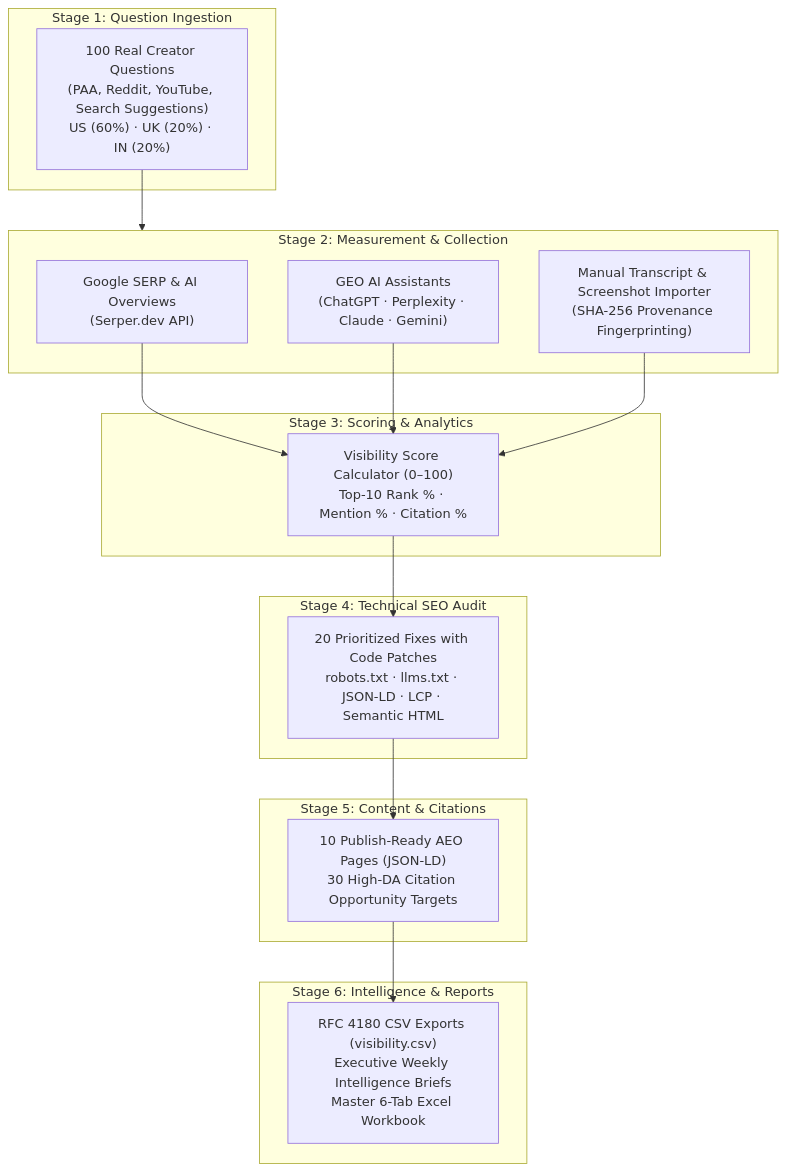
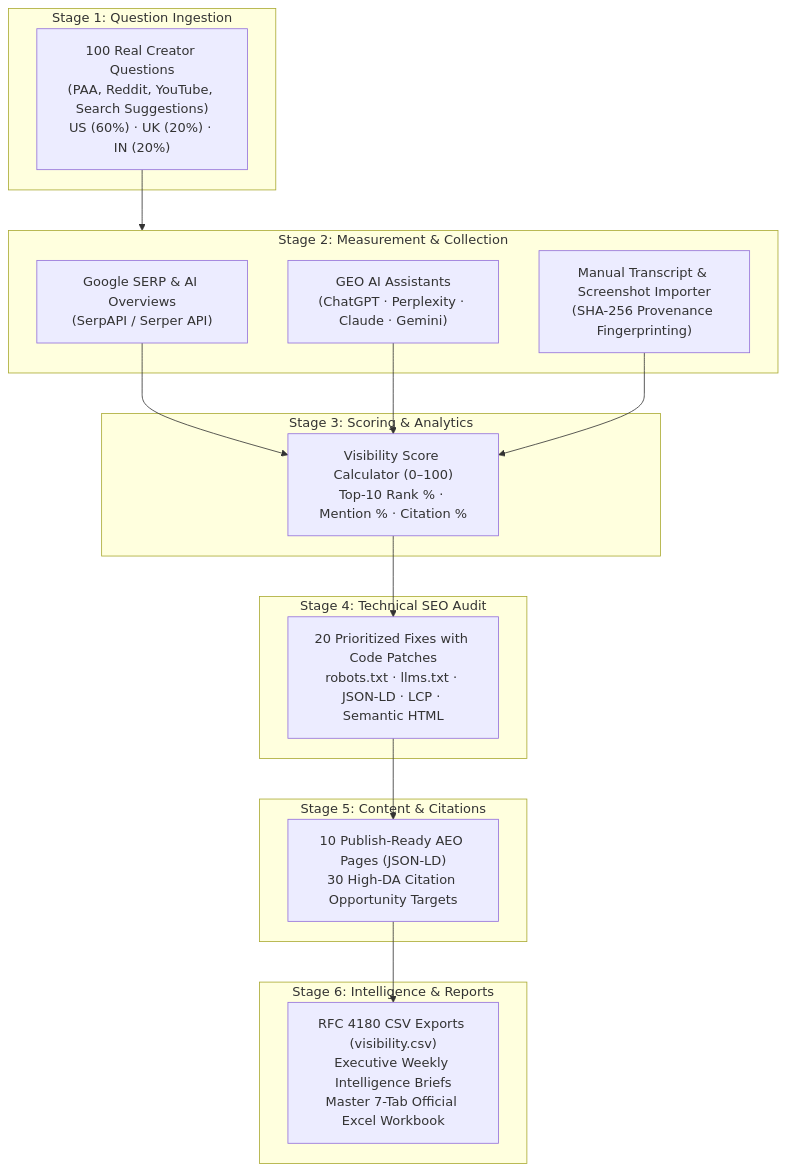
The diagram in README.md (LakshmanDev12/IncuBrix__Growth_Engineer_Option_3_AEO_SEO_GEO), drawn with Mermaid before and after one commit. The commit also changed other lines of this file and 1 other file, not shown here.

Commit message:
Highlight live Render production deployment (visibility-dashboard.onrender.com) in creative README and workbook

````diff
--- a/README.md
+++ b/README.md
@@ -52,34 +84,34 @@
 ```mermaid
 flowchart TD
     subgraph S1["Stage 1: Question Ingestion"]
         Q["100 Real Creator Questions\n(PAA, Reddit, YouTube, Search Suggestions)\nUS (60%) · UK (20%) · IN (20%)"]
     end
 
     subgraph S2["Stage 2: Measurement & Collection"]
-        G["Google SERP & AI Overviews\n(Serper.dev API)"]
+        G["Google SERP & AI Overviews\n(SerpAPI / Serper API)"]
         AI["GEO AI Assistants\n(ChatGPT · Perplexity · Claude · Gemini)"]
         M["Manual Transcript & Screenshot Importer\n(SHA-256 Provenance Fingerprinting)"]
     end
 
     subgraph S3["Stage 3: Scoring & Analytics"]
         SC["Visibility Score Calculator (0–100)\nTop-10 Rank % · Mention % · Citation %"]
     end
 
     subgraph S4["Stage 4: Technical SEO Audit"]
         AUD["20 Prioritized Fixes with Code Patches\nrobots.txt · llms.txt · JSON-LD · LCP · Semantic HTML"]
     end
 
     subgraph S5["Stage 5: Content & Citations"]
         CNT["10 Publish-Ready AEO Pages (JSON-LD)\n30 High-DA Citation Opportunity Targets"]
     end
 
     subgraph S6["Stage 6: Intelligence & Reports"]
-        REP["RFC 4180 CSV Exports (visibility.csv)\nExecutive Weekly Intelligence Briefs\nMaster 6-Tab Excel Workbook"]
+        REP["RFC 4180 CSV Exports (visibility.csv)\nExecutive Weekly Intelligence Briefs\nMaster 7-Tab Official Excel Workbook"]
     end
 
     Q --> S2
     G & AI & M --> SC
     SC --> AUD
     AUD --> CNT
     CNT --> REP
 ```
````
